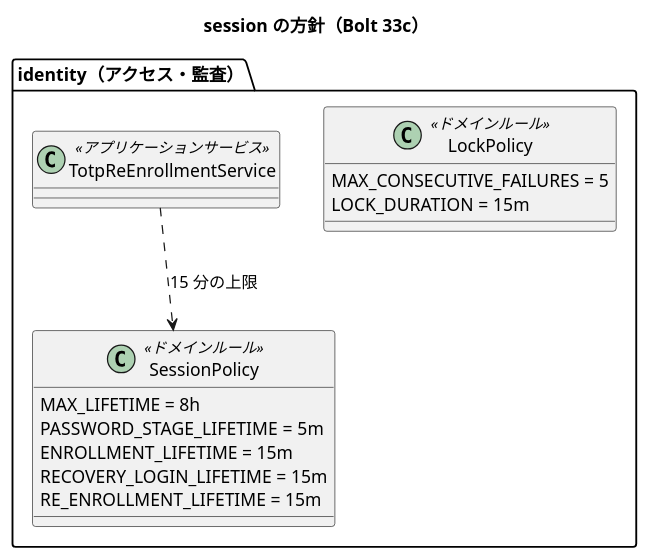
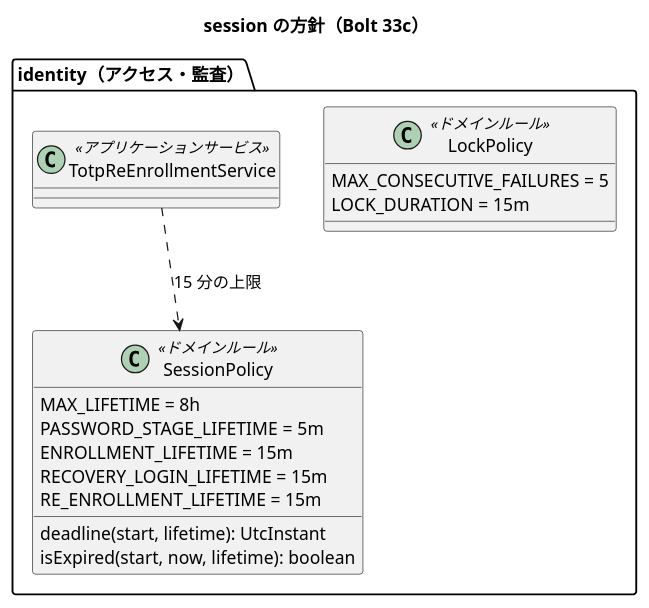
One commit to k2works/practical-domain-driven-design-in-enterpris-application changed diagram 16 of 22 in docs/design/cargo-tracker/domain_model.md. Above: the diagram before and after it, drawn with PlantUML. The commit also changed other lines of this file and 8 other files, not shown here.

````diff
--- a/docs/design/cargo-tracker/domain_model.md
+++ b/docs/design/cargo-tracker/domain_model.md
@@ -1133,20 +1133,22 @@
 ```plantuml
 @startuml
 title session の方針（Bolt 33c）
 package "identity（アクセス・監査）" {
   class LockPolicy <<ドメインルール>> {
     MAX_CONSECUTIVE_FAILURES = 5
     LOCK_DURATION = 15m
   }
   class SessionPolicy <<ドメインルール>> {
     MAX_LIFETIME = 8h
     PASSWORD_STAGE_LIFETIME = 5m
     ENROLLMENT_LIFETIME = 15m
     RECOVERY_LOGIN_LIFETIME = 15m
     RE_ENROLLMENT_LIFETIME = 15m
+    deadline(start, lifetime): UtcInstant
+    isExpired(start, now, lifetime): boolean
   }
   class TotpReEnrollmentService <<アプリケーションサービス>>
   TotpReEnrollmentService ..> SessionPolicy : 15 分の上限
 }
 @enduml
 ```
````
